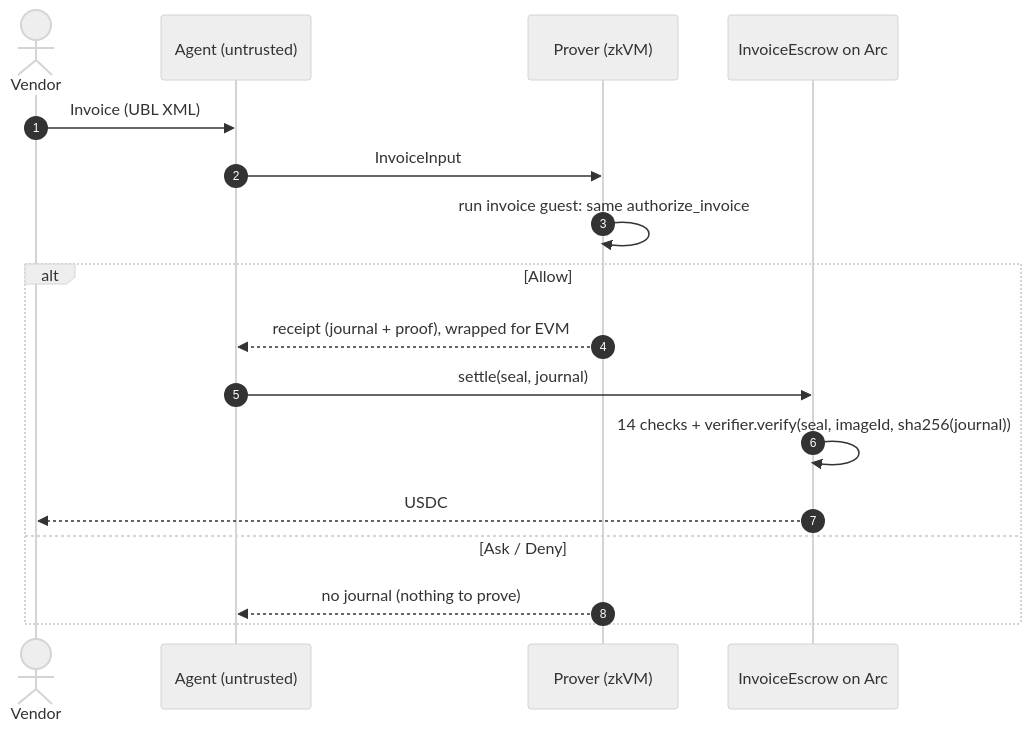
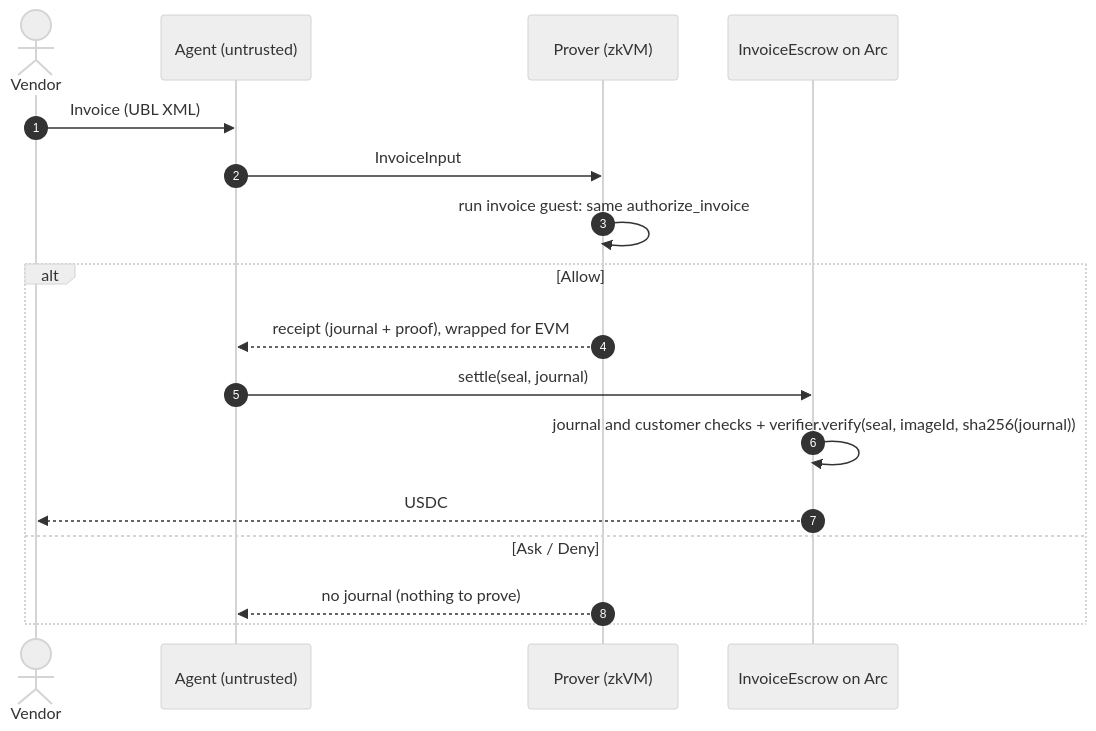
One commit to mnemonik-xyz/warrant changed the fourth of 6 diagrams in case.md. Above: the diagram before and after it, drawn with Mermaid (neutral theme). The commit also changed other lines of this file and 7 other files, not shown here.

````diff
--- a/case.md
+++ b/case.md
@@ -105,19 +113,19 @@
 ```mermaid
 sequenceDiagram
     autonumber
     actor Vendor
     participant Agent as Agent (untrusted)
     participant Prover as Prover (zkVM)
     participant Chain as InvoiceEscrow on Arc
     Vendor->>Agent: Invoice (UBL XML)
     Agent->>Prover: InvoiceInput
     Prover->>Prover: run invoice guest: same authorize_invoice
     alt Allow
         Prover-->>Agent: receipt (journal + proof), wrapped for EVM
         Agent->>Chain: settle(seal, journal)
-        Chain->>Chain: 14 checks + verifier.verify(seal, imageId, sha256(journal))
+        Chain->>Chain: journal and customer checks + verifier.verify(seal, imageId, sha256(journal))
         Chain-->>Vendor: USDC
     else Ask / Deny
         Prover-->>Agent: no journal (nothing to prove)
     end
 ```
````
